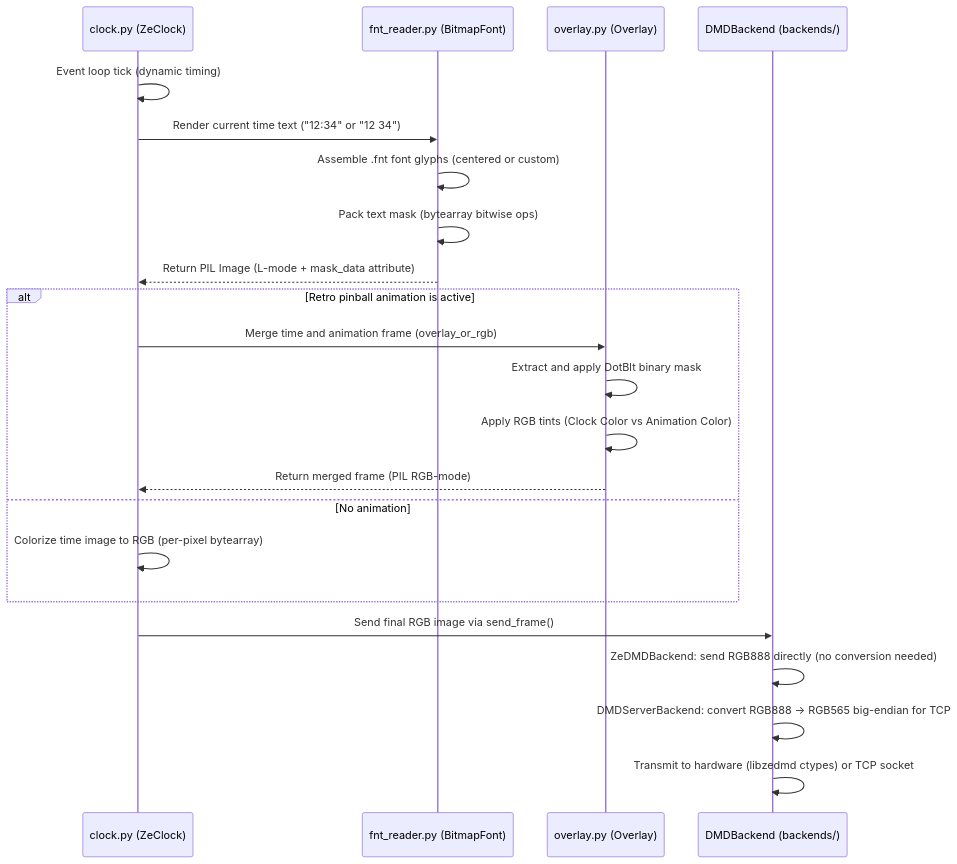
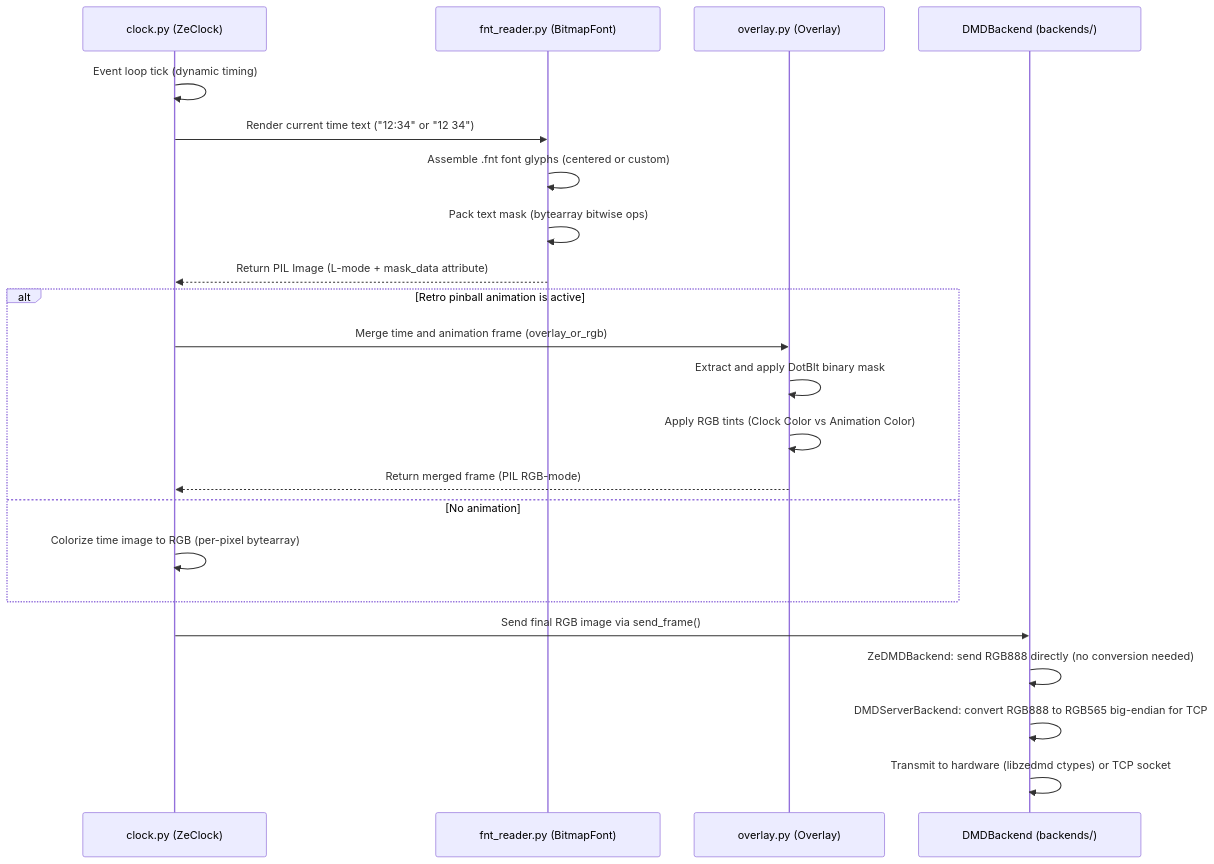
Before and after one commit to DMDTools/zeClock: the third of 4 diagrams in docs/architecture.md, drawn with Mermaid. The commit also changed other lines of this file and 2 other files, not shown here.

First line of the commit message:
docs: fix mermaid rendering and add libdmdutil direct integration FAQ

````diff
--- a/docs/architecture.md
+++ b/docs/architecture.md
@@ -249,27 +249,27 @@
 ```mermaid
 sequenceDiagram
-    participant C as clock.py (ZeClock)
-    participant F as fnt_reader.py (BitmapFont)
-    participant O as overlay.py (Overlay)
-    participant B as DMDBackend (backends/)
+    participant C as clock.py #40;ZeClock#41;
+    participant F as fnt_reader.py #40;BitmapFont#41;
+    participant O as overlay.py #40;Overlay#41;
+    participant B as DMDBackend #40;backends/#41;
 
-    C->>C: Event loop tick (dynamic timing)
-    C->>F: Render current time text ("12:34" or "12 34")
-    F->>F: Assemble .fnt font glyphs (centered or custom)
-    F->>F: Pack text mask (bytearray bitwise ops)
-    F-->>C: Return PIL Image (L-mode + mask_data attribute)
+    C->>C: Event loop tick #40;dynamic timing#41;
+    C->>F: Render current time text #40;"12:34" or "12 34"#41;
+    F->>F: Assemble .fnt font glyphs #40;centered or custom#41;
+    F->>F: Pack text mask #40;bytearray bitwise ops#41;
+    F-->>C: Return PIL Image #40;L-mode + mask_data attribute#41;
     
     alt Retro pinball animation is active
-        C->>O: Merge time and animation frame (overlay_or_rgb)
+        C->>O: Merge time and animation frame #40;overlay_or_rgb#41;
         O->>O: Extract and apply DotBlt binary mask
-        O->>O: Apply RGB tints (Clock Color vs Animation Color)
-        O-->>C: Return merged frame (PIL RGB-mode)
+        O->>O: Apply RGB tints #40;Clock Color vs Animation Color#41;
+        O-->>C: Return merged frame #40;PIL RGB-mode#41;
     else No animation
-        C->>C: Colorize time image to RGB (per-pixel bytearray)
+        C->>C: Colorize time image to RGB #40;per-pixel bytearray#41;
     end
     
-    C->>B: Send final RGB image via send_frame()
-    B->>B: ZeDMDBackend: send RGB888 directly (no conversion needed)
-    B->>B: DMDServerBackend: convert RGB888 → RGB565 big-endian for TCP
-    B->>B: Transmit to hardware (libzedmd ctypes) or TCP socket
+    C->>B: Send final RGB image via send_frame#40;#41;
+    B->>B: ZeDMDBackend: send RGB888 directly #40;no conversion needed#41;
+    B->>B: DMDServerBackend: convert RGB888 to RGB565 big-endian for TCP
+    B->>B: Transmit to hardware #40;libzedmd ctypes#41; or TCP socket
 ```
````
